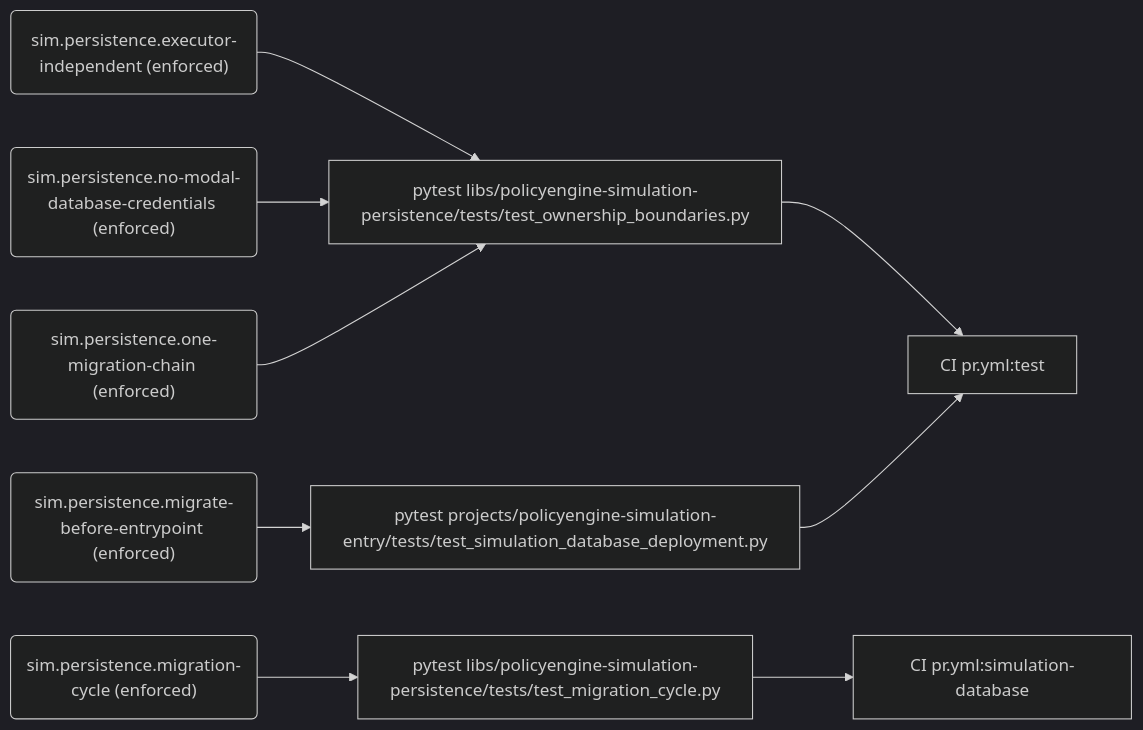
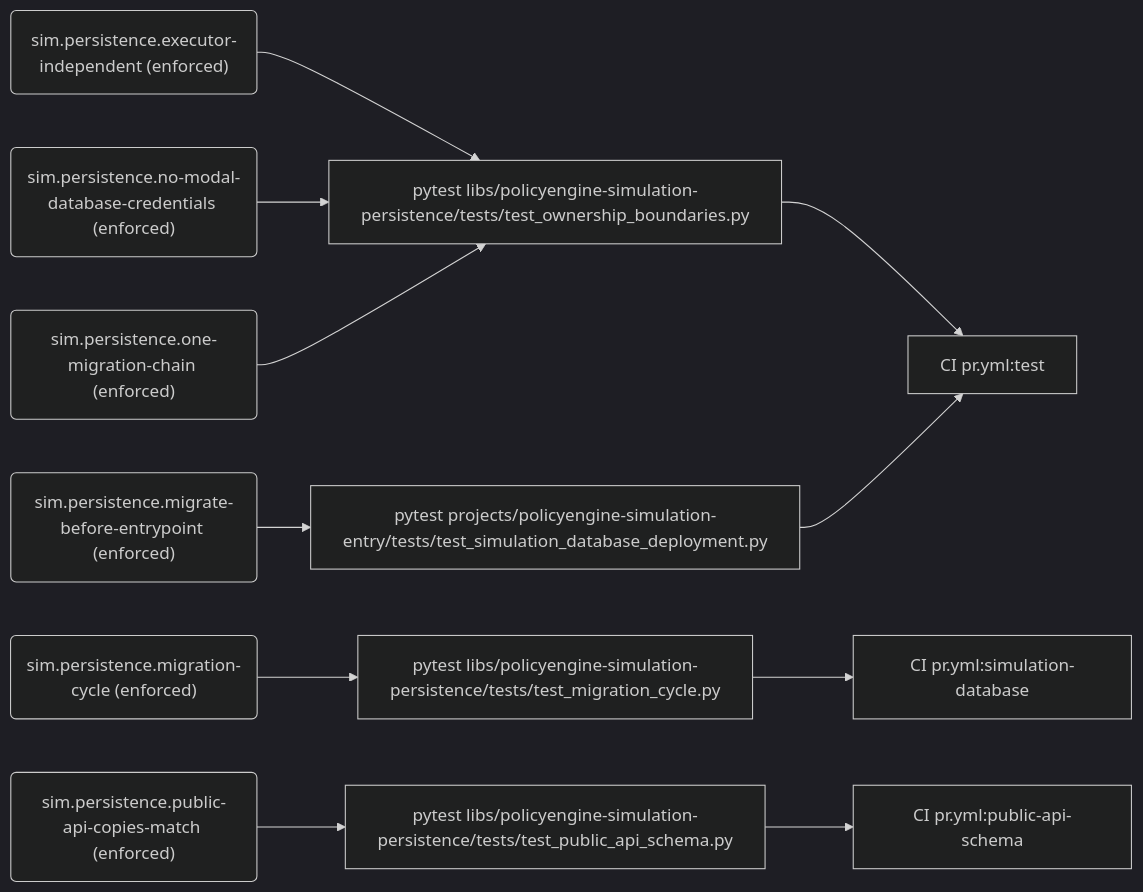
One commit to PolicyEngine/policyengine-sim-api changed the third of 11 diagrams in docs/generated/rules.md. Above: the diagram before and after it, drawn with Mermaid (dark theme). The commit also changed other lines of this file and 6 other files, not shown here.

First line of the commit message:
Run the Public API schema comparison in CI, against its default branch

````diff
--- a/docs/generated/rules.md
+++ b/docs/generated/rules.md
@@ -145,21 +146,26 @@
 ```mermaid
 flowchart LR
   r_sim_persistence_executor_independent("sim.persistence.executor-independent (enforced)")
   e_pytest_libs_policyengine_simulation_persistence_tests_test_ownership_boundaries_py["pytest libs/policyengine-simulation-persistence/tests/test_ownership_boundaries.py"]
   j_CI_pr_yml_test["CI pr.yml:test"]
   r_sim_persistence_migrate_before_entrypoint("sim.persistence.migrate-before-entrypoint (enforced)")
   e_pytest_projects_policyengine_simulation_entry_tests_test_simulation_database_deployment_py["pytest projects/policyengine-simulation-entry/tests/test_simulation_database_deployment.py"]
   r_sim_persistence_migration_cycle("sim.persistence.migration-cycle (enforced)")
   e_pytest_libs_policyengine_simulation_persistence_tests_test_migration_cycle_py["pytest libs/policyengine-simulation-persistence/tests/test_migration_cycle.py"]
   j_CI_pr_yml_simulation_database["CI pr.yml:simulation-database"]
   r_sim_persistence_no_modal_database_credentials("sim.persistence.no-modal-database-credentials (enforced)")
   r_sim_persistence_one_migration_chain("sim.persistence.one-migration-chain (enforced)")
+  r_sim_persistence_public_api_copies_match("sim.persistence.public-api-copies-match (enforced)")
+  e_pytest_libs_policyengine_simulation_persistence_tests_test_public_api_schema_py["pytest libs/policyengine-simulation-persistence/tests/test_public_api_schema.py"]
+  j_CI_pr_yml_public_api_schema["CI pr.yml:public-api-schema"]
   r_sim_persistence_executor_independent --> e_pytest_libs_policyengine_simulation_persistence_tests_test_ownership_boundaries_py
   e_pytest_libs_policyengine_simulation_persistence_tests_test_ownership_boundaries_py --> j_CI_pr_yml_test
   r_sim_persistence_migrate_before_entrypoint --> e_pytest_projects_policyengine_simulation_entry_tests_test_simulation_database_deployment_py
   e_pytest_projects_policyengine_simulation_entry_tests_test_simulation_database_deployment_py --> j_CI_pr_yml_test
   r_sim_persistence_migration_cycle --> e_pytest_libs_policyengine_simulation_persistence_tests_test_migration_cycle_py
   e_pytest_libs_policyengine_simulation_persistence_tests_test_migration_cycle_py --> j_CI_pr_yml_simulation_database
   r_sim_persistence_no_modal_database_credentials --> e_pytest_libs_policyengine_simulation_persistence_tests_test_ownership_boundaries_py
   r_sim_persistence_one_migration_chain --> e_pytest_libs_policyengine_simulation_persistence_tests_test_ownership_boundaries_py
+  r_sim_persistence_public_api_copies_match --> e_pytest_libs_policyengine_simulation_persistence_tests_test_public_api_schema_py
+  e_pytest_libs_policyengine_simulation_persistence_tests_test_public_api_schema_py --> j_CI_pr_yml_public_api_schema
 ```
````
